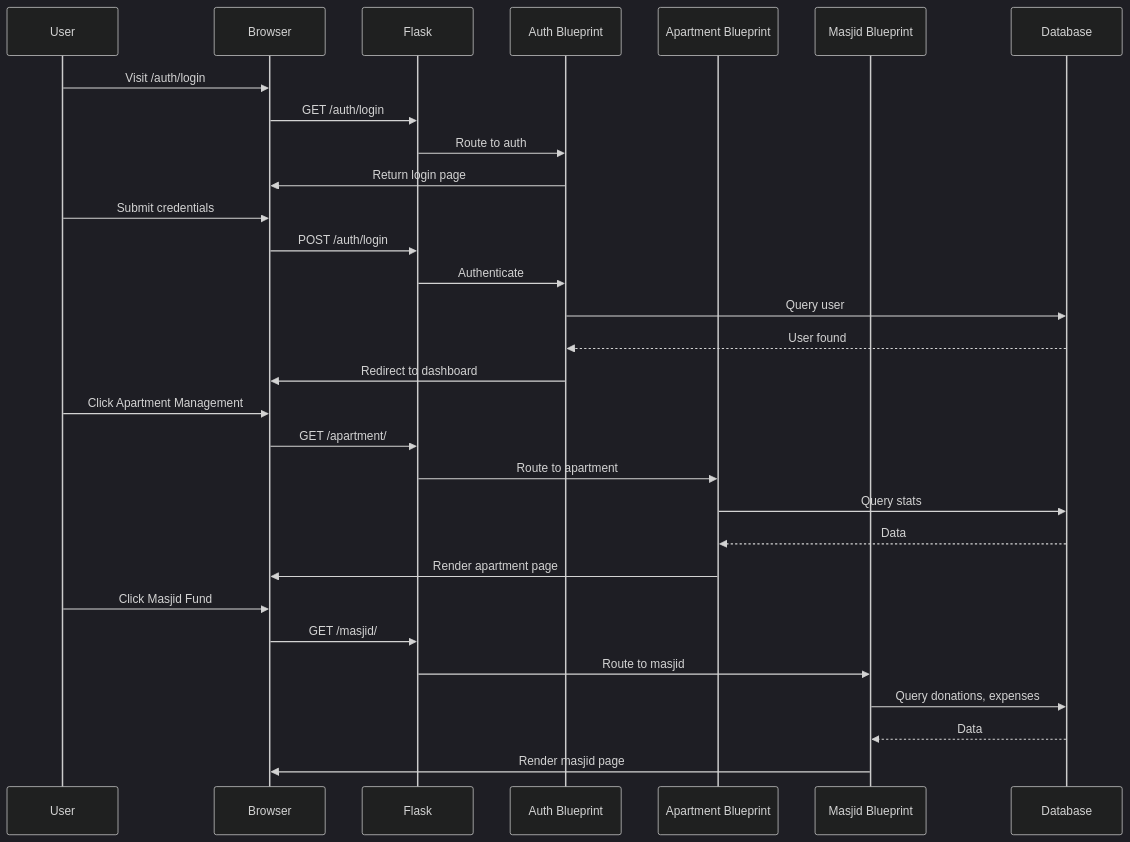
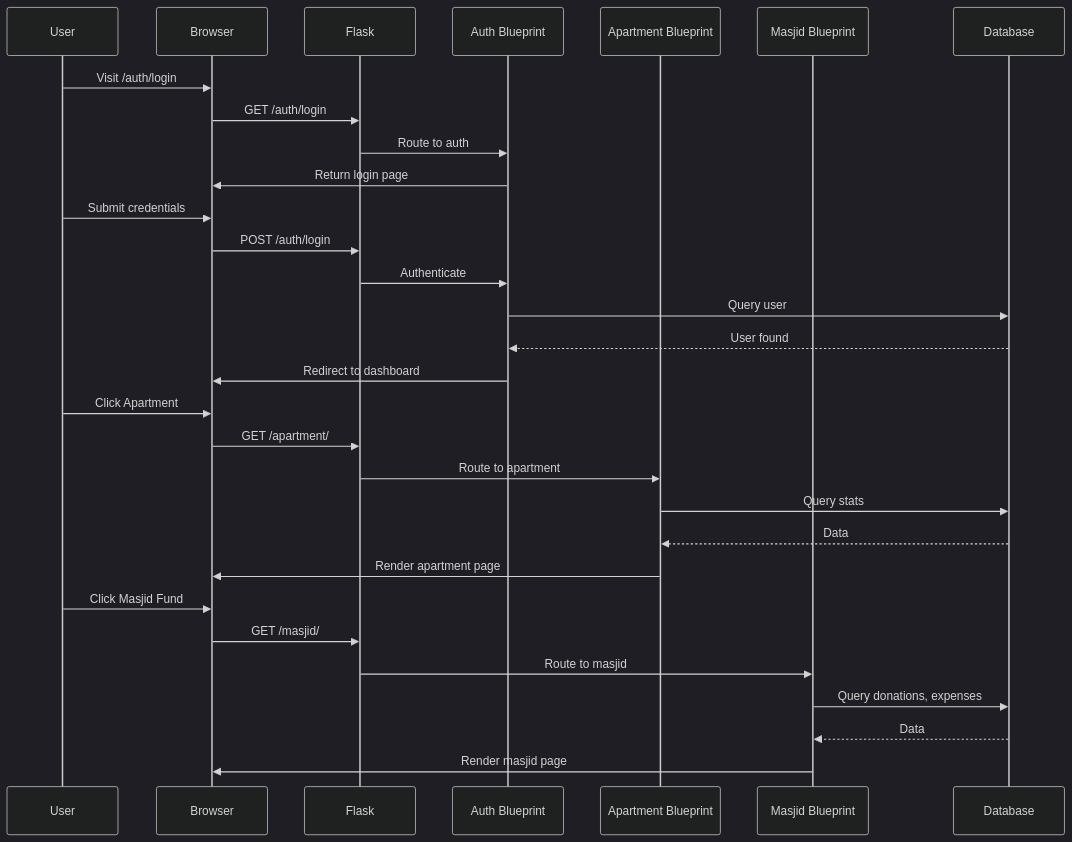
The third of 4 diagrams in GRAPHIFY.md (dev-mbi/apartment), drawn with Mermaid (dark theme) before and after one commit. The commit also changed 38 other files, not shown here.

````diff
--- a/GRAPHIFY.md
+++ b/GRAPHIFY.md
@@ -116,36 +116,36 @@
 ```mermaid
 sequenceDiagram
     participant U as User
     participant B as Browser
     participant F as Flask
     participant A as Auth Blueprint
     participant AP as Apartment Blueprint
     participant M as Masjid Blueprint
     participant DB as Database
 
     U->>B: Visit /auth/login
     B->>F: GET /auth/login
     F->>A: Route to auth
     A->>B: Return login page
 
     U->>B: Submit credentials
     B->>F: POST /auth/login
     F->>A: Authenticate
     A->>DB: Query user
     DB-->>A: User found
     A->>B: Redirect to dashboard
 
-    U->>B: Click Apartment Management
+    U->>B: Click Apartment
     B->>F: GET /apartment/
     F->>AP: Route to apartment
     AP->>DB: Query stats
     DB-->>AP: Data
     AP->>B: Render apartment page
 
     U->>B: Click Masjid Fund
     B->>F: GET /masjid/
     F->>M: Route to masjid
     M->>DB: Query donations, expenses
     DB-->>M: Data
     M->>B: Render masjid page
 ```
````
